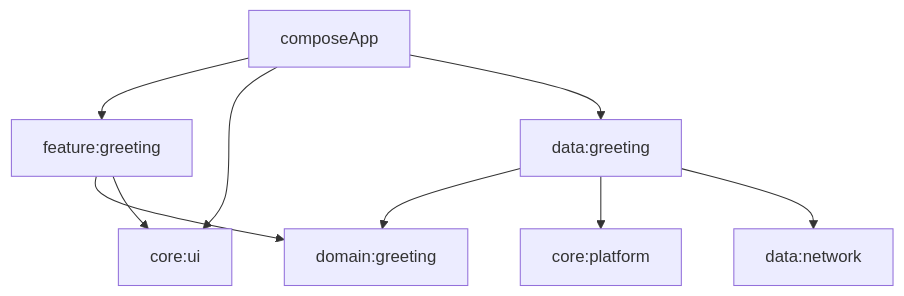
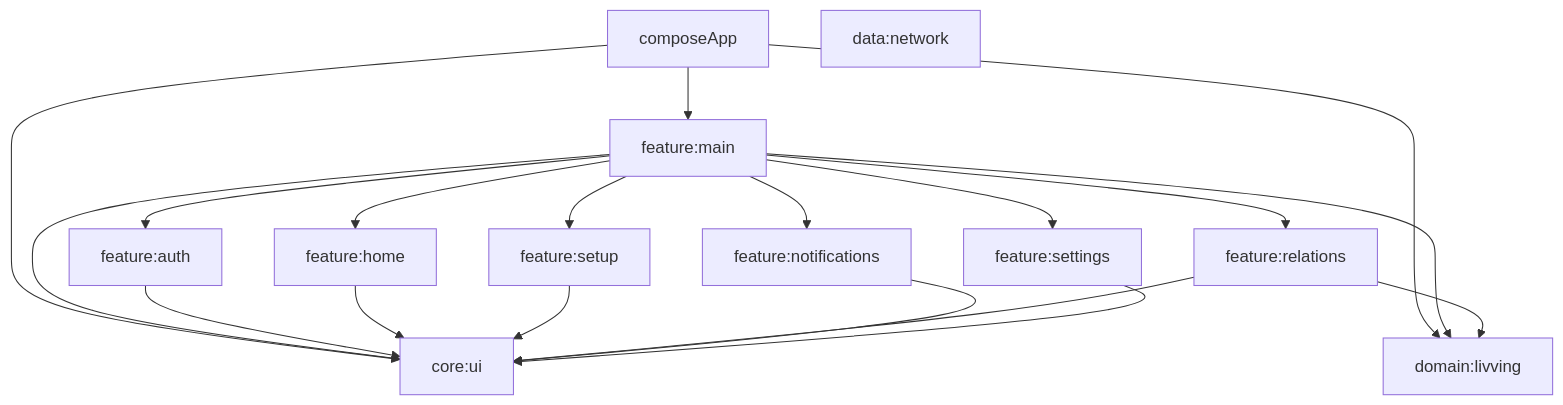
One commit to mrohseungjun/livving changed the diagram in README.md. Above: the diagram before and after it, drawn with Mermaid. The commit also changed other lines of this file and 74 other files, not shown here.

````diff
--- a/README.md
+++ b/README.md
@@ -7,11 +32,25 @@
 ```mermaid
 graph TD
-    composeApp --> feature_greeting
-    composeApp --> core_ui
-    composeApp --> data_greeting
-    feature_greeting[feature:greeting] --> domain_greeting[domain:greeting]
-    feature_greeting --> core_ui[core:ui]
-    data_greeting[data:greeting] --> domain_greeting
-    data_greeting --> core_platform[core:platform]
-    data_greeting --> data_network[data:network]
+    composeApp --> feature_main[feature:main]
+    composeApp --> core_ui[core:ui]
+    composeApp --> domain_livving[domain:livving]
+
+    feature_main --> feature_auth[feature:auth]
+    feature_main --> feature_home[feature:home]
+    feature_main --> feature_setup[feature:setup]
+    feature_main --> feature_relations[feature:relations]
+    feature_main --> feature_notifications[feature:notifications]
+    feature_main --> feature_settings[feature:settings]
+    feature_main --> domain_livving
+    feature_main --> core_ui
+
+    feature_auth --> core_ui
+    feature_home --> core_ui
+    feature_setup --> core_ui
+    feature_relations --> core_ui
+    feature_relations --> domain_livving
+    feature_notifications --> core_ui
+    feature_settings --> core_ui
+
+    data_network[data:network]
 ```
````
